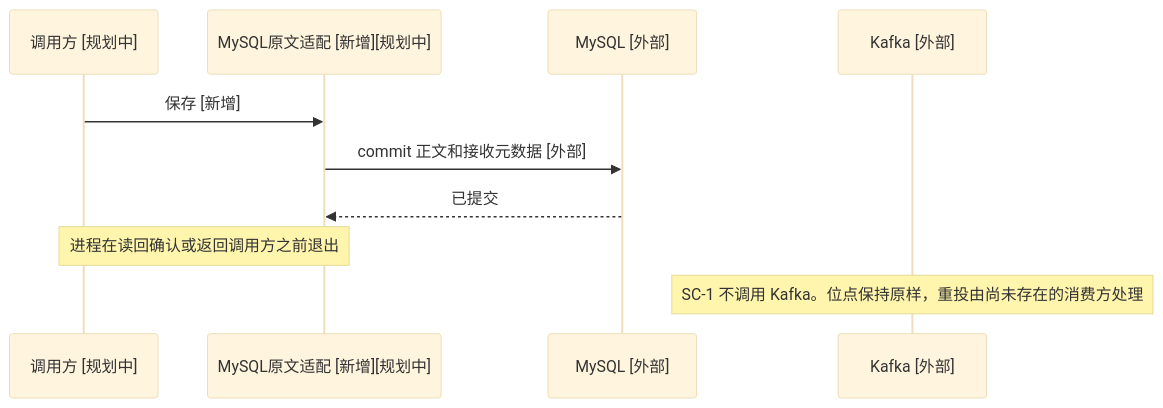
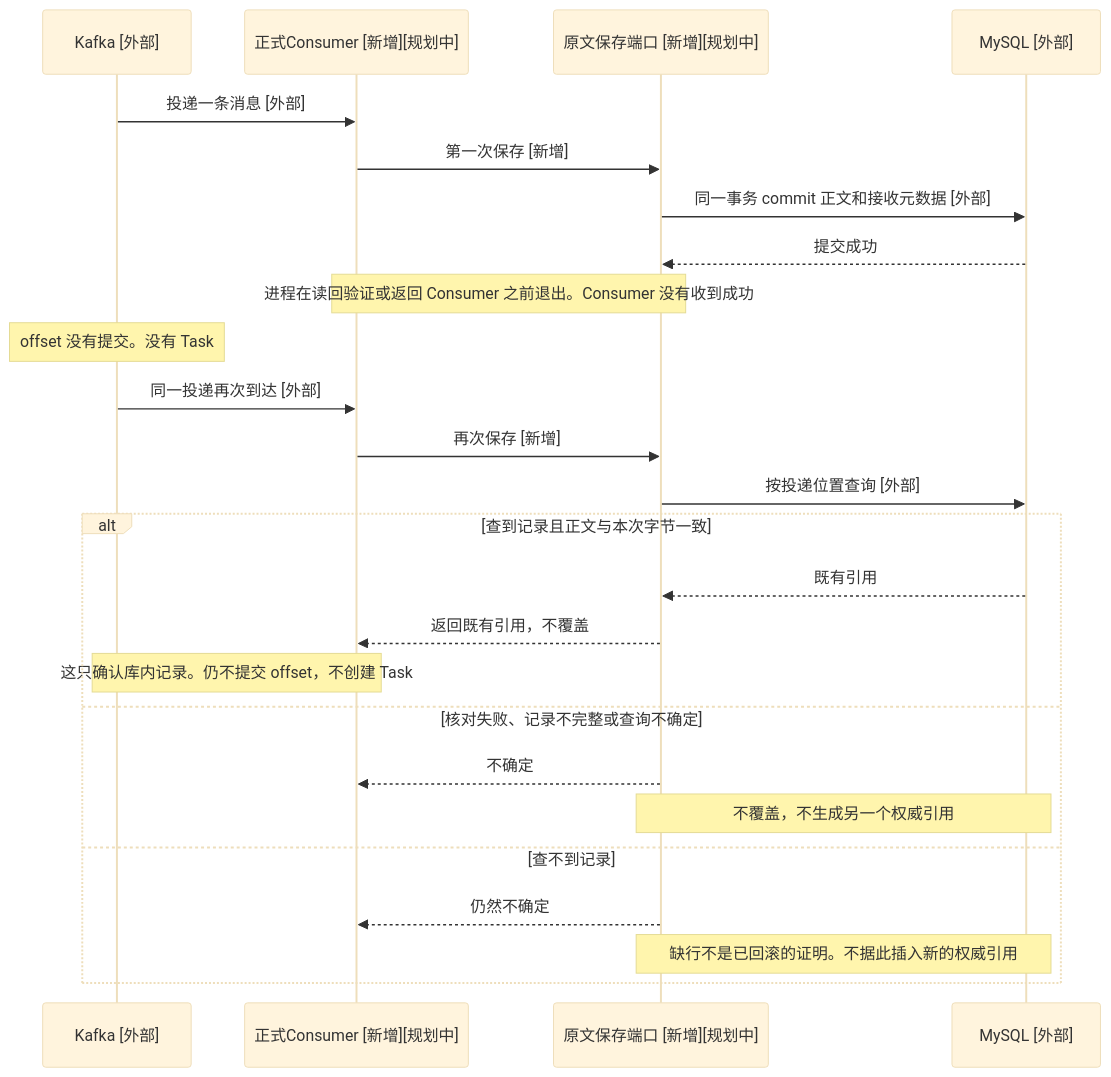
Before and after one commit to david606/mtx-data-platform: the sixth of 7 diagrams in docs/development/IR-15-正式原文保存介质与保留策略专项决策准备.md, drawn with Mermaid (base theme). The commit also changed other lines of this file, not shown here.

````diff
--- a/docs/development/IR-15-正式原文保存介质与保留策略专项决策准备.md
+++ b/docs/development/IR-15-正式原文保存介质与保留策略专项决策准备.md
@@ -465,13 +571,28 @@
 ```mermaid
 sequenceDiagram
-    participant Caller as 调用方 [规划中]
-    participant Adapt as MySQL原文适配 [新增][规划中]
+    participant Kafka as Kafka [外部]
+    participant Cons as 正式Consumer [新增][规划中]
+    participant Port as 原文保存端口 [新增][规划中]
     participant DB as MySQL [外部]
-    participant Kafka as Kafka [外部]
 
-    Caller->>Adapt: 保存 [新增]
-    Adapt->>DB: commit 正文和接收元数据 [外部]
-    DB-->>Adapt: 已提交
-    Note over Caller,Adapt: 进程在读回确认或返回调用方之前退出
-    Note over Kafka: SC-1 不调用 Kafka。位点保持原样，重投由尚未存在的消费方处理
+    Kafka->>Cons: 投递一条消息 [外部]
+    Cons->>Port: 第一次保存 [新增]
+    Port->>DB: 同一事务 commit 正文和接收元数据 [外部]
+    DB-->>Port: 提交成功
+    Note over Cons,Port: 进程在读回验证或返回 Consumer 之前退出。Consumer 没有收到成功
+    Note over Kafka: offset 没有提交。没有 Task
+    Kafka->>Cons: 同一投递再次到达 [外部]
+    Cons->>Port: 再次保存 [新增]
+    Port->>DB: 按投递位置查询 [外部]
+    alt 查到记录且正文与本次字节一致
+        DB-->>Port: 既有引用
+        Port-->>Cons: 返回既有引用，不覆盖
+        Note over Cons,Kafka: 这只确认库内记录。仍不提交 offset，不创建 Task
+    else 核对失败、记录不完整或查询不确定
+        Port-->>Cons: 不确定
+        Note over Port,DB: 不覆盖，不生成另一个权威引用
+    else 查不到记录
+        Port-->>Cons: 仍然不确定
+        Note over Port,DB: 缺行不是已回滚的证明。不据此插入新的权威引用
+    end
 ```
````
